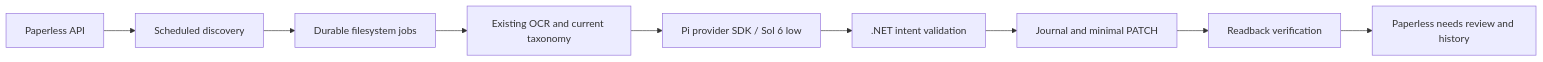
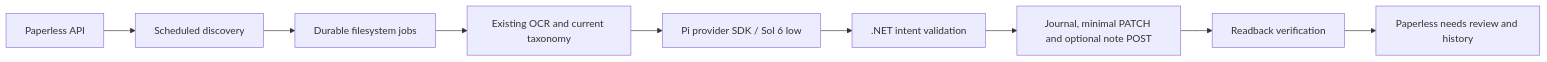
Before and after one commit to mggarofalo/paperless-llm: the diagram in docs/architecture.md, drawn with Mermaid. The commit also changed other lines of this file and 25 other files, not shown here.

````diff
--- a/docs/architecture.md
+++ b/docs/architecture.md
@@ -5,11 +5,11 @@
 ```mermaid
 flowchart LR
   P[Paperless API] --> D[Scheduled discovery]
   D --> J[Durable filesystem jobs]
   J --> C[Existing OCR and current taxonomy]
   C --> L[Pi provider SDK / Sol 6 low]
   L --> V[.NET intent validation]
-  V --> S[Journal and minimal PATCH]
+  V --> S[Journal, minimal PATCH and optional note POST]
   S --> R[Readback verification]
   R --> H[Paperless needs review and history]
 ```
````
